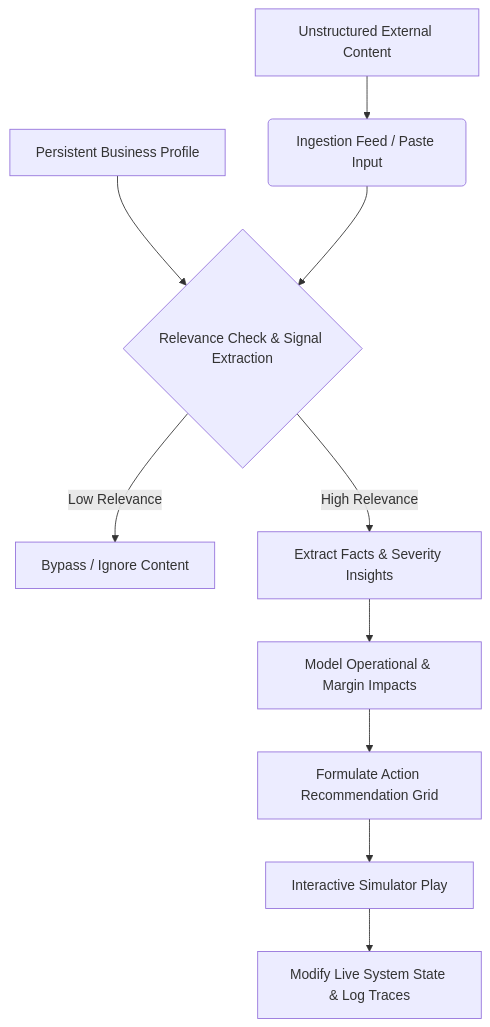
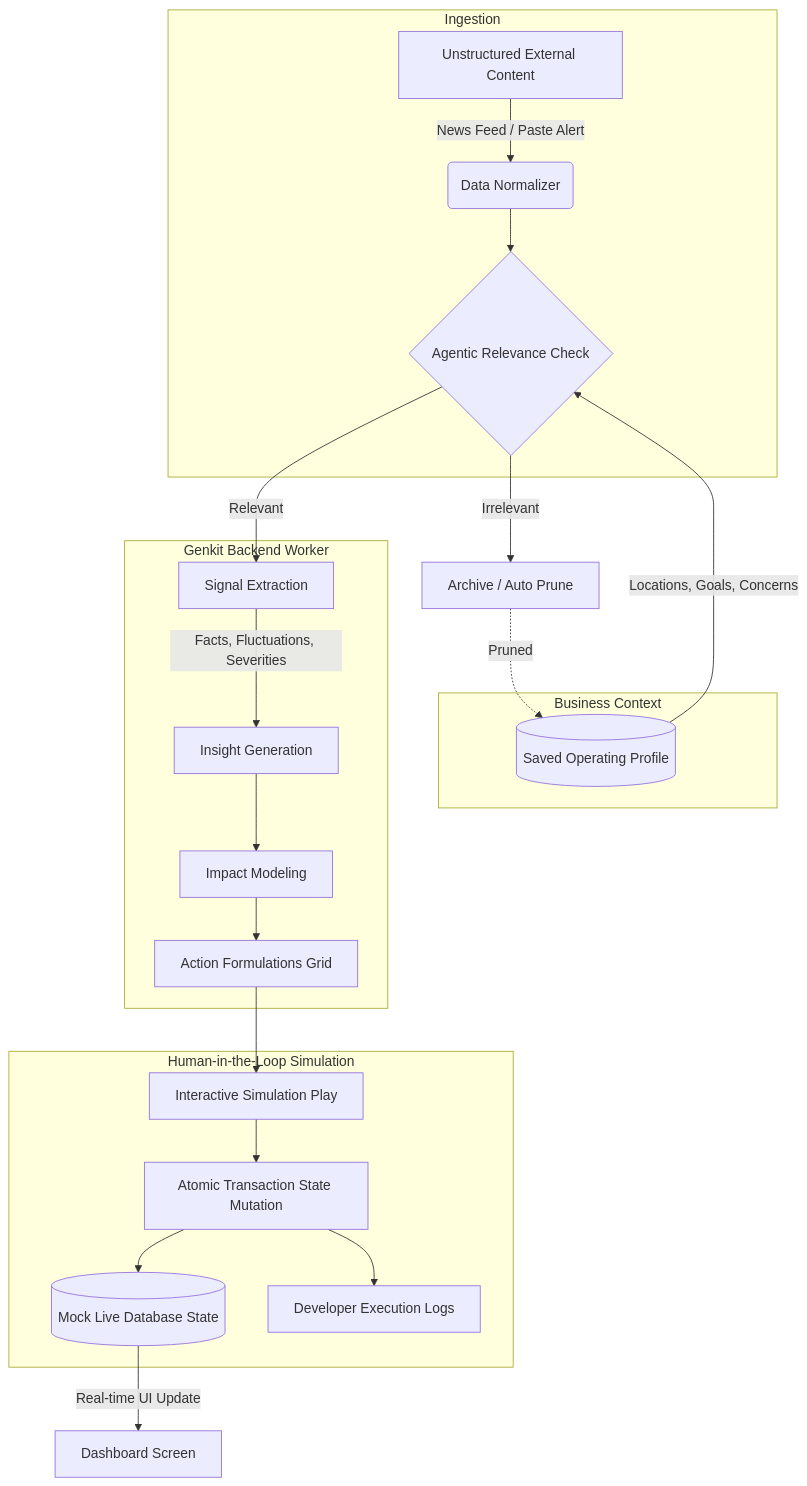
The first of 2 diagrams in README.md (abdulahshoaib/CognitiveKinetic), drawn with Mermaid before and after one commit. The commit also changed other lines of this file and 3 other files, not shown here.

Commit message:
docs: sync architecture specs and project readme with codebase state

````diff
--- a/README.md
+++ b/README.md
@@ -13,12 +19,30 @@
 ```mermaid
-graph TD
-    A[Unstructured External Content] --> B(Ingestion Feed / Paste Input)
-    C[Persistent Business Profile] --> D{Relevance Check & Signal Extraction}
-    B --> D
-    D -->|Low Relevance| E[Bypass / Ignore Content]
-    D -->|High Relevance| F[Extract Facts & Severity Insights]
-    F --> G[Model Operational & Margin Impacts]
-    G --> H[Formulate Action Recommendation Grid]
-    H --> I[Interactive Simulator Play]
-    I --> J[Modify Live System State & Log Traces]
+flowchart TD
+    subgraph Ingestion
+        A[Unstructured External Content] -->|News Feed / Paste Alert| B(Data Normalizer)
+        B --> C{Agentic Relevance Check}
+    end
+
+    subgraph Business Context
+        D[(Saved Operating Profile)] -->|Locations, Goals, Concerns| C
+    end
+
+    C -->|Irrelevant| E[Archive / Auto Prune]
+    C -->|Relevant| F[Signal Extraction]
+
+    subgraph Genkit Backend Worker
+        F -->|Facts, Fluctuations, Severities| G[Insight Generation]
+        G --> H[Impact Modeling]
+        H --> I[Action Formulations Grid]
+    end
+
+    subgraph Human-in-the-Loop Simulation
+        I --> J[Interactive Simulation Play]
+        J --> K[Atomic Transaction State Mutation]
+        K --> L[(Mock Live Database State)]
+        K --> M[Developer Execution Logs]
+    end
+
+    E -.->|Pruned | D
+    L -->|Real-time UI Update| N[Dashboard Screen]
 ```
````
